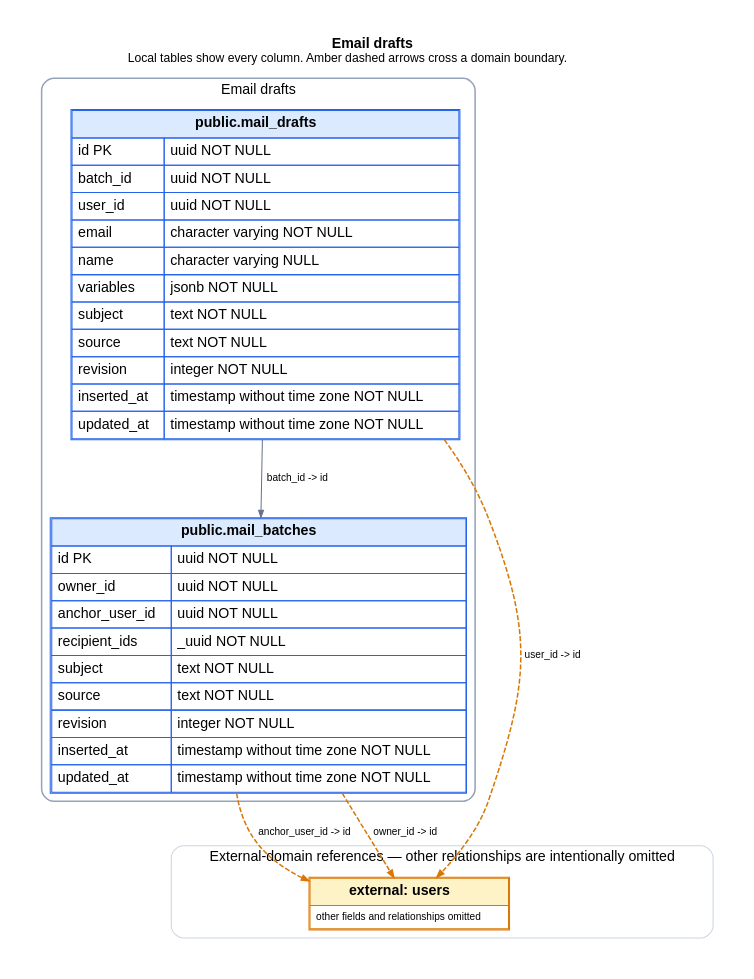
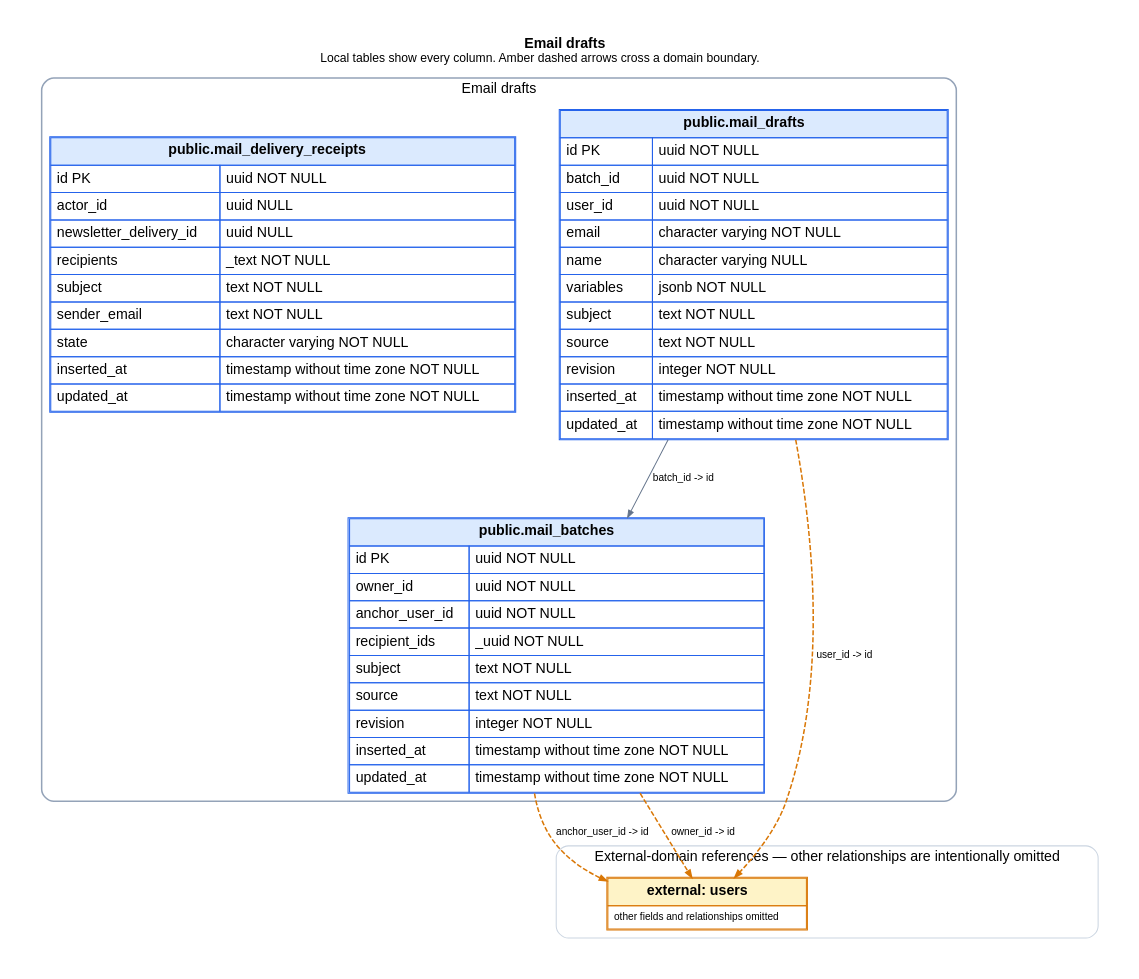
The diagram in docs/schema/domains/mail_drafts.dot (ogourment/pauseai.ca-website), drawn with Graphviz before and after one commit. The commit also changed 25 other files, not shown here.

```diff
--- a/docs/schema/domains/mail_drafts.dot
+++ b/docs/schema/domains/mail_drafts.dot
@@ -1,47 +1,54 @@
 digraph mail_drafts {
   graph [rankdir=TB, bgcolor="white", pad=0.35, nodesep=0.6, ranksep=0.9, fontname="Helvetica"];
   node [shape=plain, fontname="Helvetica"];
   edge [fontname="Helvetica", fontsize=10, arrowsize=0.7];
   labelloc="t";
   label=< <B>Email drafts</B><BR/><FONT POINT-SIZE="12">Local tables show every column. Amber dashed arrows cross a domain boundary.</FONT> >;
 
   subgraph cluster_local {
     label="Email drafts";
     color="#94a3b8";
     penwidth=1.5;
     style="rounded";
   "mail_batches" [label=<
     <TABLE BORDER="1" CELLBORDER="1" CELLSPACING="0" CELLPADDING="5" COLOR="#2563eb">
       <TR><TD BGCOLOR="#dbeafe" COLSPAN="2"><B>public.mail_batches</B></TD></TR>
       <TR><TD ALIGN="LEFT">id PK</TD><TD ALIGN="LEFT">uuid NOT NULL</TD></TR><TR><TD ALIGN="LEFT">owner_id</TD><TD ALIGN="LEFT">uuid NOT NULL</TD></TR><TR><TD ALIGN="LEFT">anchor_user_id</TD><TD ALIGN="LEFT">uuid NOT NULL</TD></TR><TR><TD ALIGN="LEFT">recipient_ids</TD><TD ALIGN="LEFT">_uuid NOT NULL</TD></TR><TR><TD ALIGN="LEFT">subject</TD><TD ALIGN="LEFT">text NOT NULL</TD></TR><TR><TD ALIGN="LEFT">source</TD><TD ALIGN="LEFT">text NOT NULL</TD></TR><TR><TD ALIGN="LEFT">revision</TD><TD ALIGN="LEFT">integer NOT NULL</TD></TR><TR><TD ALIGN="LEFT">inserted_at</TD><TD ALIGN="LEFT">timestamp without time zone NOT NULL</TD></TR><TR><TD ALIGN="LEFT">updated_at</TD><TD ALIGN="LEFT">timestamp without time zone NOT NULL</TD></TR>
     </TABLE>
   >];
 
   "mail_drafts" [label=<
     <TABLE BORDER="1" CELLBORDER="1" CELLSPACING="0" CELLPADDING="5" COLOR="#2563eb">
       <TR><TD BGCOLOR="#dbeafe" COLSPAN="2"><B>public.mail_drafts</B></TD></TR>
       <TR><TD ALIGN="LEFT">id PK</TD><TD ALIGN="LEFT">uuid NOT NULL</TD></TR><TR><TD ALIGN="LEFT">batch_id</TD><TD ALIGN="LEFT">uuid NOT NULL</TD></TR><TR><TD ALIGN="LEFT">user_id</TD><TD ALIGN="LEFT">uuid NOT NULL</TD></TR><TR><TD ALIGN="LEFT">email</TD><TD ALIGN="LEFT">character varying NOT NULL</TD></TR><TR><TD ALIGN="LEFT">name</TD><TD ALIGN="LEFT">character varying NULL</TD></TR><TR><TD ALIGN="LEFT">variables</TD><TD ALIGN="LEFT">jsonb NOT NULL</TD></TR><TR><TD ALIGN="LEFT">subject</TD><TD ALIGN="LEFT">text NOT NULL</TD></TR><TR><TD ALIGN="LEFT">source</TD><TD ALIGN="LEFT">text NOT NULL</TD></TR><TR><TD ALIGN="LEFT">revision</TD><TD ALIGN="LEFT">integer NOT NULL</TD></TR><TR><TD ALIGN="LEFT">inserted_at</TD><TD ALIGN="LEFT">timestamp without time zone NOT NULL</TD></TR><TR><TD ALIGN="LEFT">updated_at</TD><TD ALIGN="LEFT">timestamp without time zone NOT NULL</TD></TR>
     </TABLE>
   >];
 
+  "mail_delivery_receipts" [label=<
+    <TABLE BORDER="1" CELLBORDER="1" CELLSPACING="0" CELLPADDING="5" COLOR="#2563eb">
+      <TR><TD BGCOLOR="#dbeafe" COLSPAN="2"><B>public.mail_delivery_receipts</B></TD></TR>
+      <TR><TD ALIGN="LEFT">id PK</TD><TD ALIGN="LEFT">uuid NOT NULL</TD></TR><TR><TD ALIGN="LEFT">actor_id</TD><TD ALIGN="LEFT">uuid NULL</TD></TR><TR><TD ALIGN="LEFT">newsletter_delivery_id</TD><TD ALIGN="LEFT">uuid NULL</TD></TR><TR><TD ALIGN="LEFT">recipients</TD><TD ALIGN="LEFT">_text NOT NULL</TD></TR><TR><TD ALIGN="LEFT">subject</TD><TD ALIGN="LEFT">text NOT NULL</TD></TR><TR><TD ALIGN="LEFT">sender_email</TD><TD ALIGN="LEFT">text NOT NULL</TD></TR><TR><TD ALIGN="LEFT">state</TD><TD ALIGN="LEFT">character varying NOT NULL</TD></TR><TR><TD ALIGN="LEFT">inserted_at</TD><TD ALIGN="LEFT">timestamp without time zone NOT NULL</TD></TR><TR><TD ALIGN="LEFT">updated_at</TD><TD ALIGN="LEFT">timestamp without time zone NOT NULL</TD></TR>
+    </TABLE>
+  >];
+
   }
 
   subgraph cluster_external {
     label="External-domain references — other relationships are intentionally omitted";
     color="#cbd5e1";
     penwidth=1;
     style="rounded";
   "users" [label=<
     <TABLE BORDER="1" CELLBORDER="1" CELLSPACING="0" CELLPADDING="5" COLOR="#d97706">
       <TR><TD BGCOLOR="#fef3c7"><B>external: users</B></TD></TR>
       <TR><TD><FONT POINT-SIZE="10">other fields and relationships omitted</FONT></TD></TR>
     </TABLE>
   >];
 
   }
 
   "mail_batches" -> "users" [label="anchor_user_id -> id", color="#d97706", style="dashed", penwidth=1.5];
   "mail_batches" -> "users" [label="owner_id -> id", color="#d97706", style="dashed", penwidth=1.5];
   "mail_drafts" -> "mail_batches" [label="batch_id -> id", color="#64748b"];
   "mail_drafts" -> "users" [label="user_id -> id", color="#d97706", style="dashed", penwidth=1.5];
 }
```
